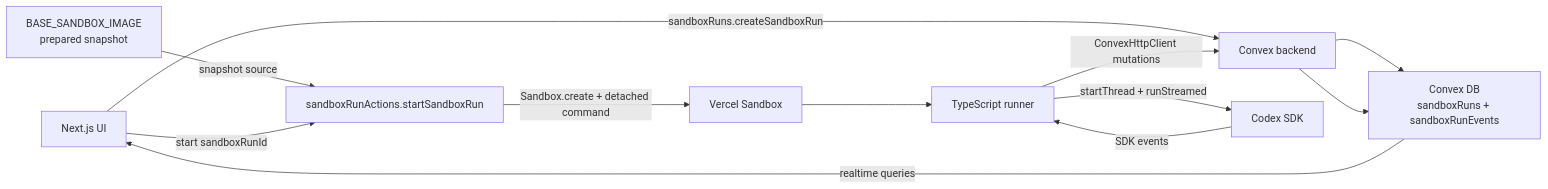
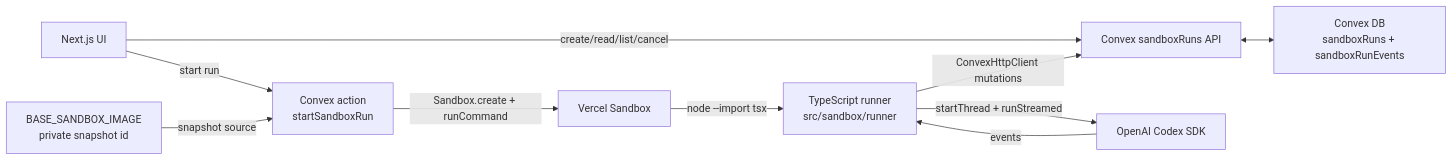
The diagram in docs/SANDBOX.md (neilsanghrajka/drip), drawn with Mermaid before and after one commit. The commit also changed other lines of this file and 8 other files, not shown here.

Commit message:
Implement sandbox base snapshot setup

````diff
--- a/docs/SANDBOX.md
+++ b/docs/SANDBOX.md
@@ -18,23 +11,21 @@
 ```mermaid
 flowchart LR
   UI["Next.js UI"]
-  Convex["Convex backend"]
+  Runs["Convex sandboxRuns API"]
   DB["Convex DB<br/>sandboxRuns + sandboxRunEvents"]
-  Base["BASE_SANDBOX_IMAGE<br/>prepared snapshot"]
-  Action["sandboxRunActions.startSandboxRun"]
+  Action["Convex action<br/>startSandboxRun"]
+  Image["BASE_SANDBOX_IMAGE<br/>private snapshot id"]
   Sandbox["Vercel Sandbox"]
-  Runner["TypeScript runner"]
-  SDK["Codex SDK"]
+  Runner["TypeScript runner<br/>src/sandbox/runner"]
+  SDK["OpenAI Codex SDK"]
 
-  Base -->|"snapshot source"| Action
-  UI -->|"sandboxRuns.createSandboxRun"| Convex
-  Convex --> DB
-  UI -->|"start sandboxRunId"| Action
-  Action -->|"Sandbox.create + detached command"| Sandbox
-  Sandbox --> Runner
+  UI -->|"create/read/list/cancel"| Runs
+  Runs <--> DB
+  UI -->|"start run"| Action
+  Image -->|"snapshot source"| Action
+  Action -->|"Sandbox.create + runCommand"| Sandbox
+  Sandbox -->|"node --import tsx"| Runner
   Runner -->|"startThread + runStreamed"| SDK
-  SDK -->|"SDK events"| Runner
-  Runner -->|"ConvexHttpClient mutations"| Convex
-  Convex --> DB
-  DB -->|"realtime queries"| UI
+  SDK -->|"events"| Runner
+  Runner -->|"ConvexHttpClient mutations"| Runs
 ```
````
